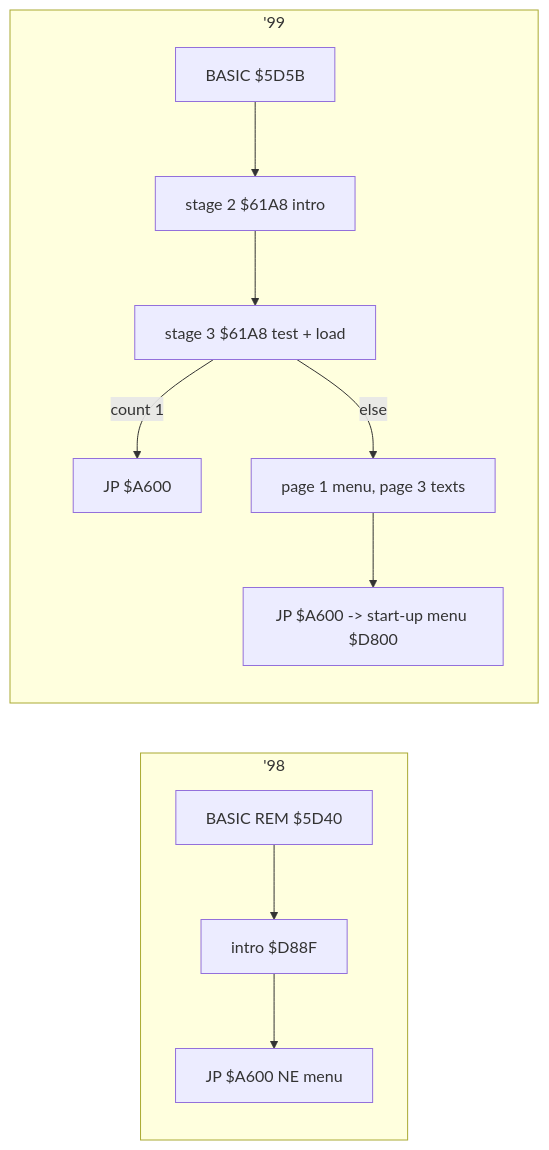
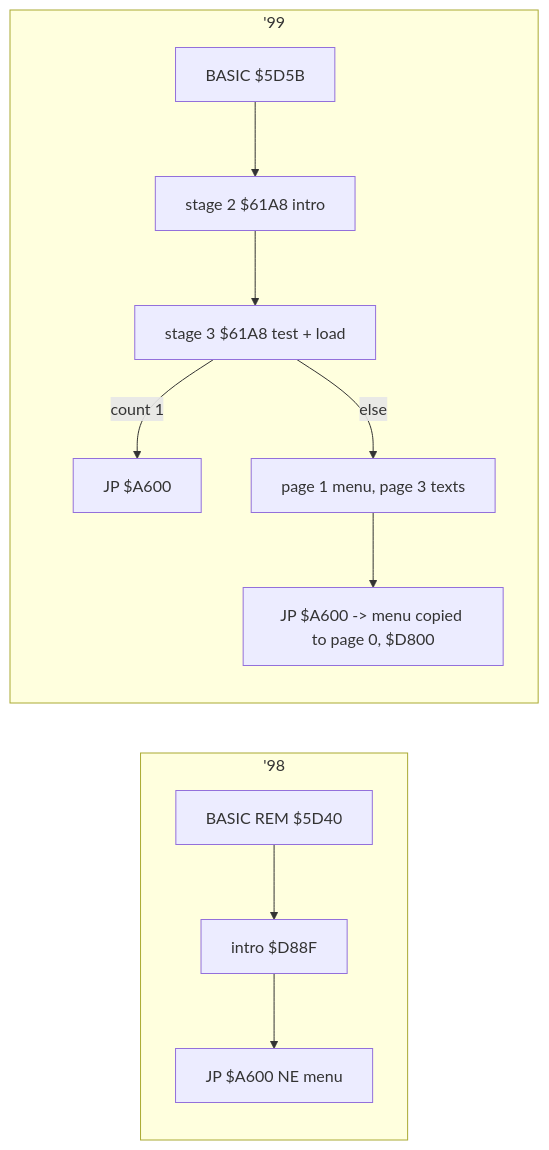
Before and after one commit to alfishe/unrealng-reverse-cases: the diagram in games/nether-earth-zs-edition/docs/02-architecture.md, drawn with Mermaid. The commit also changed other lines of this file and 53 other files, not shown here.

````diff
--- a/games/nether-earth-zs-edition/docs/02-architecture.md
+++ b/games/nether-earth-zs-edition/docs/02-architecture.md
@@ -63,11 +63,11 @@
 ```mermaid
 flowchart LR
   subgraph s98 ['98]
     B98[BASIC REM $5D40] --> I98[intro $D88F] --> G98[JP $A600 NE menu]
   end
   subgraph s99 ['99]
     B99[BASIC $5D5B] --> S2[stage 2 $61A8 intro] --> S3[stage 3 $61A8 test + load]
     S3 -->|count 1| G48[JP $A600]
-    S3 -->|else| M128[page 1 menu, page 3 texts] --> G99[JP $A600 -> start-up menu $D800]
+    S3 -->|else| M128[page 1 menu, page 3 texts] --> G99[JP $A600 -> menu copied to page 0, $D800]
   end
 ```
````
